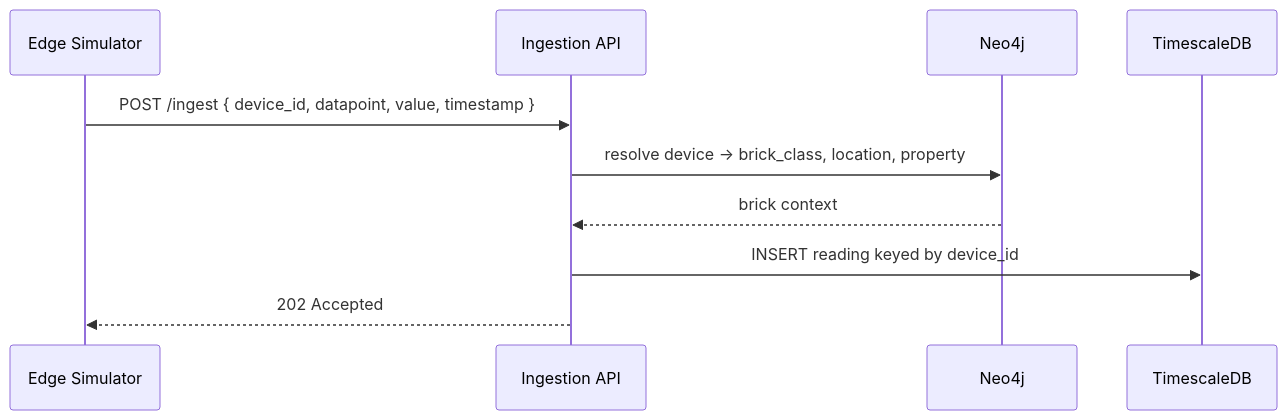
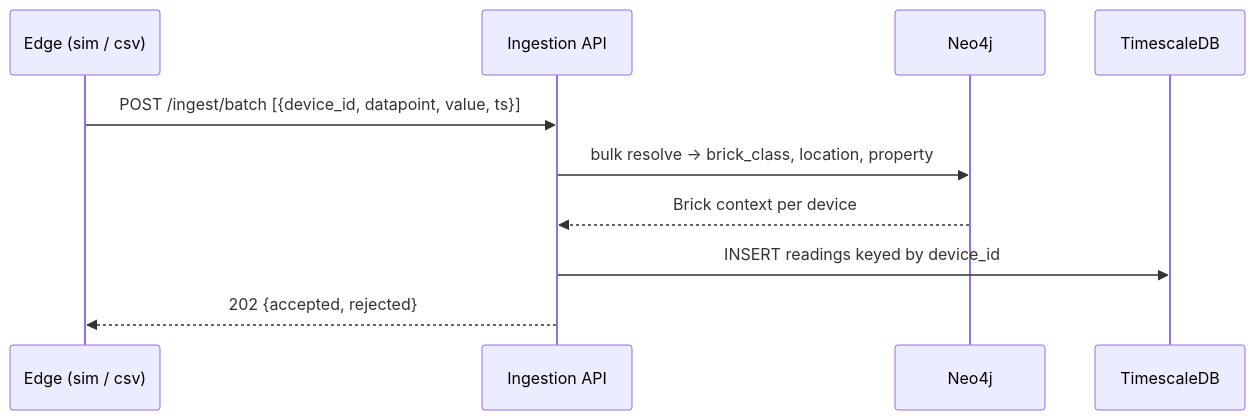
One commit to vanowarna/altotech-task-1 changed the first of 4 diagrams in docs/wiki/Sequence-Diagrams.md. Above: the diagram before and after it, drawn with Mermaid. The commit also changed other lines of this file and 8 other files, not shown here.

````diff
--- a/docs/wiki/Sequence-Diagrams.md
+++ b/docs/wiki/Sequence-Diagrams.md
@@ -6,12 +4,12 @@
 ```mermaid
 sequenceDiagram
-  participant SIM as Edge Simulator
+  participant E as Edge (sim / csv)
   participant API as Ingestion API
   participant NEO as Neo4j
   participant TS as TimescaleDB
-  SIM->>API: POST /ingest { device_id, datapoint, value, timestamp }
-  API->>NEO: resolve device → brick_class, location, property
-  NEO-->>API: brick context
-  API->>TS: INSERT reading keyed by device_id
-  API-->>SIM: 202 Accepted
+  E->>API: POST /ingest/batch [{device_id, datapoint, value, ts}]
+  API->>NEO: bulk resolve -> brick_class, location, property
+  NEO-->>API: Brick context per device
+  API->>TS: INSERT readings keyed by device_id
+  API-->>E: 202 {accepted, rejected}
 ```
````
